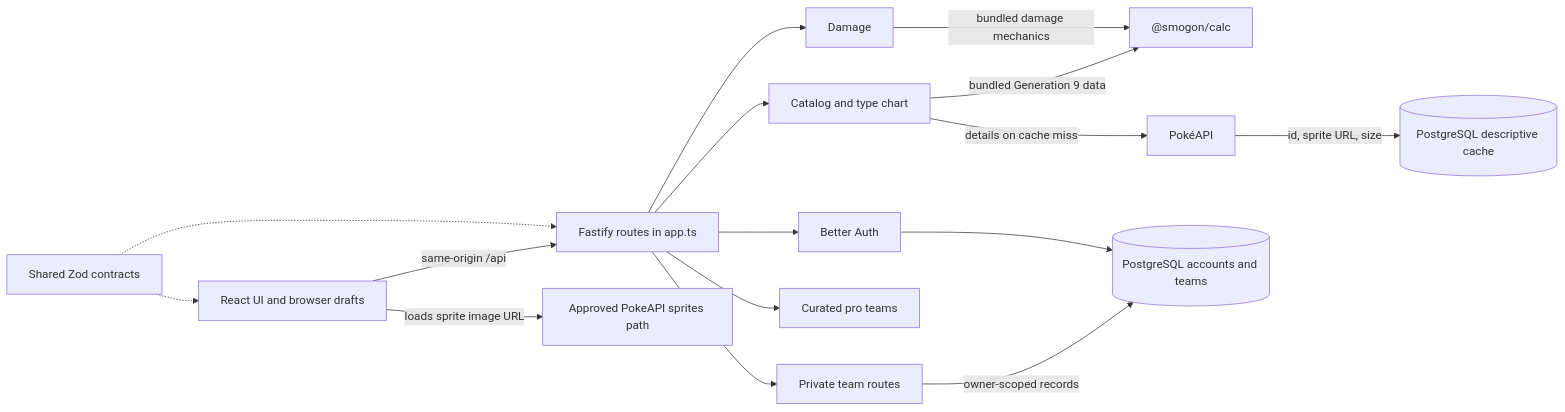
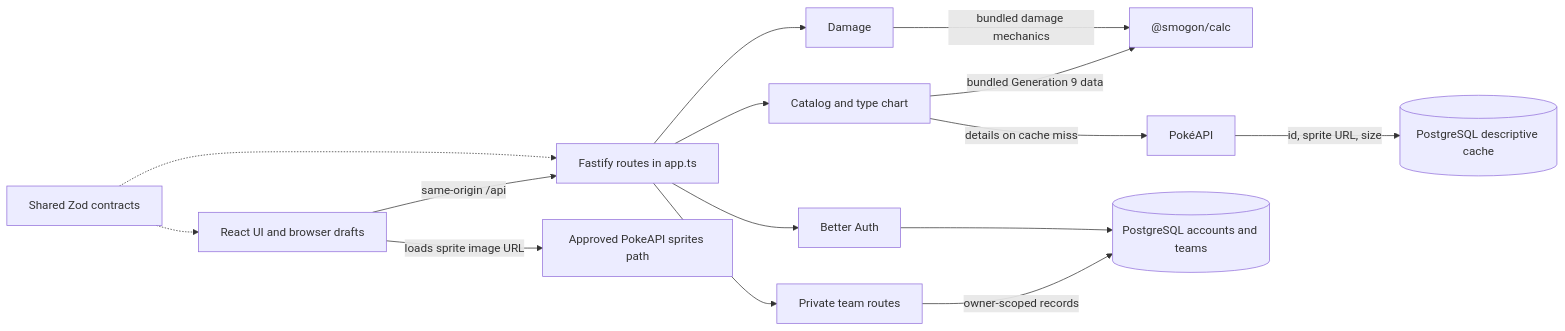
The diagram in docs/website-guide.md (jcaballero90/pokemon-tools), drawn with Mermaid before and after one commit. The commit also changed other lines of this file and 20 other files, not shown here.

First line of the commit message:
Refactor documentation and remove pro teams feature

````diff
--- a/docs/website-guide.md
+++ b/docs/website-guide.md
@@ -24,18 +24,17 @@
 ```mermaid
 flowchart LR
   Browser[React UI and browser drafts] -->|same-origin /api| API[Fastify routes in app.ts]
   Contracts[Shared Zod contracts] -.-> Browser
   Contracts -.-> API
   API --> Catalog[Catalog and type chart]
   API --> Damage[Damage]
   API --> Teams[Private team routes]
-  API --> Pro[Curated pro teams]
   API --> Auth[Better Auth]
   Catalog -->|bundled Generation 9 data| Calc["@smogon/calc"]
   Damage -->|bundled damage mechanics| Calc
   Catalog -->|details on cache miss| PokeAPI[PokéAPI]
   PokeAPI -->|id, sprite URL, size| Cache[(PostgreSQL descriptive cache)]
   Teams -->|owner-scoped records| DB[(PostgreSQL accounts and teams)]
   Auth --> DB
   Browser -->|loads sprite image URL| Sprite[Approved PokeAPI sprites path]
 ```
````
